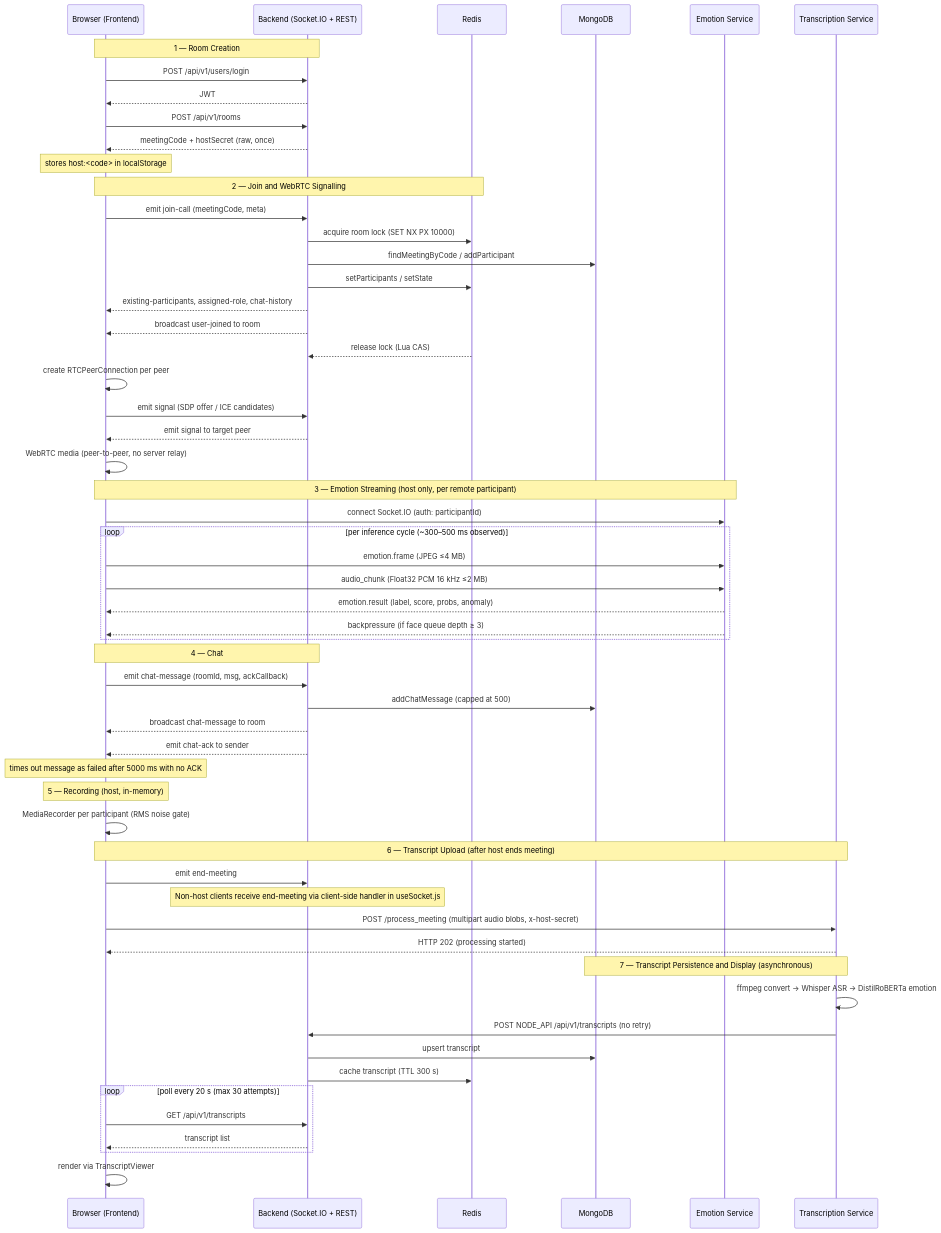
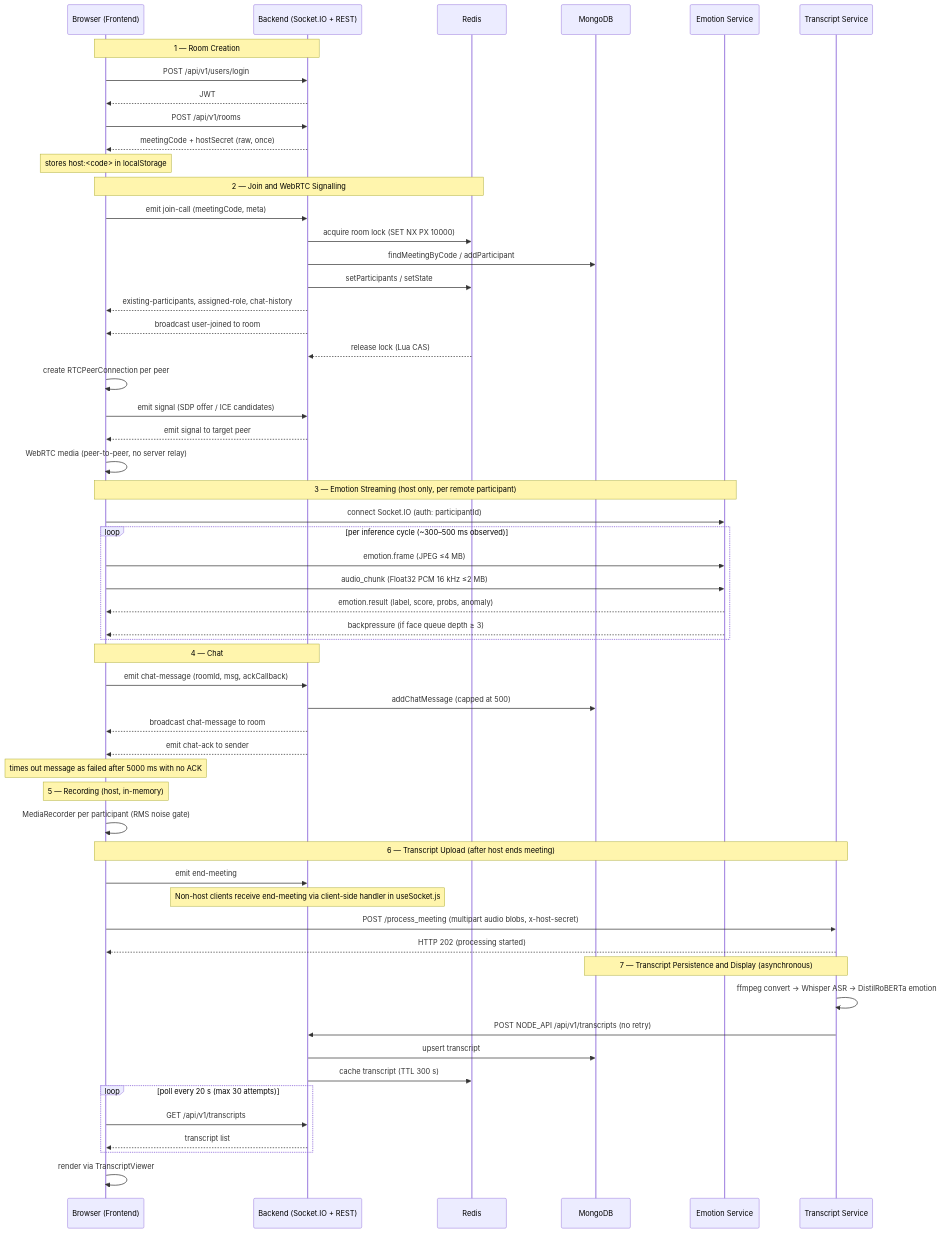
The third of 9 diagrams in README.md (AnupamKumar-1/Hoovik), drawn with Mermaid before and after one commit. The commit also changed other lines of this file, not shown here.

````diff
--- a/README.md
+++ b/README.md
@@ -231,65 +228,65 @@
 ```mermaid
 sequenceDiagram
     participant FE as Browser (Frontend)
     participant BE as Backend (Socket.IO + REST)
     participant RD as Redis
     participant MG as MongoDB
     participant EM as Emotion Service
-    participant TS as Transcription Service
+    participant TS as Transcript Service
 
     Note over FE,BE: 1 — Room Creation
     FE->>BE: POST /api/v1/users/login
     BE-->>FE: JWT
     FE->>BE: POST /api/v1/rooms
     BE-->>FE: meetingCode + hostSecret (raw, once)
     Note over FE: stores host:<code> in localStorage
 
     Note over FE,RD: 2 — Join and WebRTC Signalling
     FE->>BE: emit join-call (meetingCode, meta)
     BE->>RD: acquire room lock (SET NX PX 10000)
     BE->>MG: findMeetingByCode / addParticipant
     BE->>RD: setParticipants / setState
     BE-->>FE: existing-participants, assigned-role, chat-history
     BE-->>FE: broadcast user-joined to room
     RD-->>BE: release lock (Lua CAS)
     FE->>FE: create RTCPeerConnection per peer
     FE->>BE: emit signal (SDP offer / ICE candidates)
     BE-->>FE: emit signal to target peer
     FE->>FE: WebRTC media (peer-to-peer, no server relay)
 
     Note over FE,EM: 3 — Emotion Streaming (host only, per remote participant)
     FE->>EM: connect Socket.IO (auth: participantId)
     loop per inference cycle (~300–500 ms observed)
         FE->>EM: emotion.frame (JPEG ≤4 MB)
         FE->>EM: audio_chunk (Float32 PCM 16 kHz ≤2 MB)
         EM-->>FE: emotion.result (label, score, probs, anomaly)
         EM-->>FE: backpressure (if face queue depth ≥ 3)
     end
 
     Note over FE,BE: 4 — Chat
     FE->>BE: emit chat-message (roomId, msg, ackCallback)
     BE->>MG: addChatMessage (capped at 500)
     BE-->>FE: broadcast chat-message to room
     BE-->>FE: emit chat-ack to sender
     Note over FE: times out message as failed after 5000 ms with no ACK
 
     Note over FE: 5 — Recording (host, in-memory)
     FE->>FE: MediaRecorder per participant (RMS noise gate)
 
     Note over FE,TS: 6 — Transcript Upload (after host ends meeting)
     FE->>BE: emit end-meeting
     Note over BE: Non-host clients receive end-meeting via client-side handler in useSocket.js
     FE->>TS: POST /process_meeting (multipart audio blobs, x-host-secret)
     TS-->>FE: HTTP 202 (processing started)
 
     Note over TS,MG: 7 — Transcript Persistence and Display (asynchronous)
     TS->>TS: ffmpeg convert → Whisper ASR → DistilRoBERTa emotion
     TS->>BE: POST NODE_API /api/v1/transcripts (no retry)
     BE->>MG: upsert transcript
     BE->>RD: cache transcript (TTL 300 s)
     loop poll every 20 s (max 30 attempts)
         FE->>BE: GET /api/v1/transcripts
         BE-->>FE: transcript list
     end
     FE->>FE: render via TranscriptViewer
 ```
````
